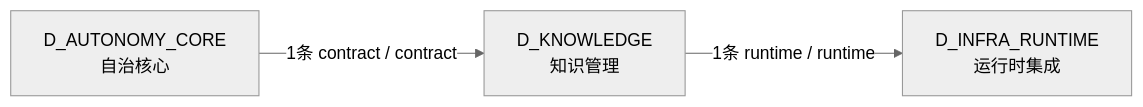
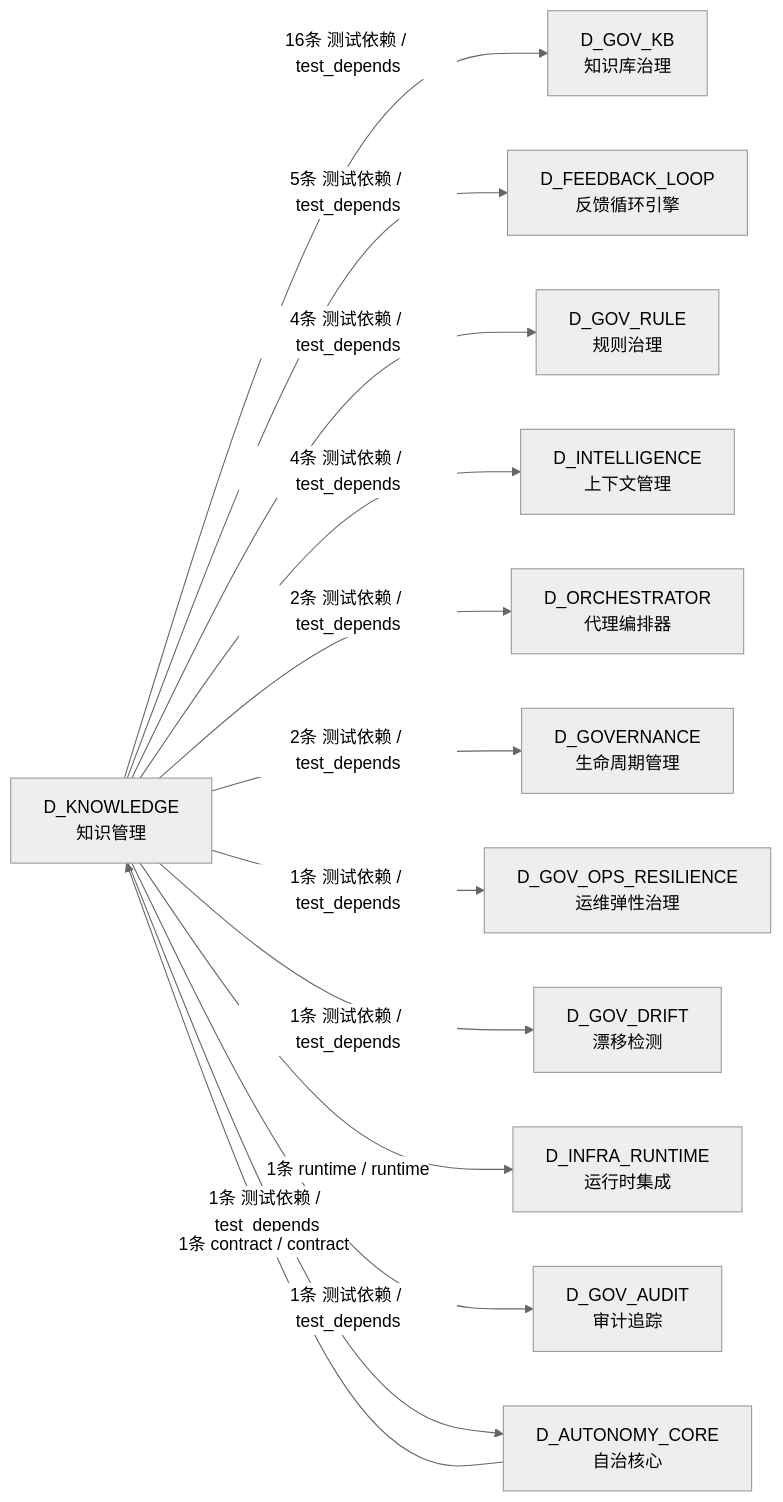
One commit to xuanFelixVan/ZephyrAlpha changed the fifth of 5 diagrams in docs/02_enterprise_architecture/02_domain_architecture_docs/46_d_knowledge.md. Above: the diagram before and after it, drawn with Mermaid (neutral theme). The commit also changed other lines of this file and 112 other files, not shown here.

````diff
--- a/docs/02_enterprise_architecture/02_domain_architecture_docs/46_d_knowledge.md
+++ b/docs/02_enterprise_architecture/02_domain_architecture_docs/46_d_knowledge.md
@@ -170,8 +385,27 @@
 ```mermaid
 graph LR
     D_KNOWLEDGE["D_KNOWLEDGE<br/>知识管理"]
+    D_GOV_KB["D_GOV_KB<br/>知识库治理"]
+    D_FEEDBACK_LOOP["D_FEEDBACK_LOOP<br/>反馈循环引擎"]
+    D_GOV_RULE["D_GOV_RULE<br/>规则治理"]
+    D_INTELLIGENCE["D_INTELLIGENCE<br/>上下文管理"]
+    D_ORCHESTRATOR["D_ORCHESTRATOR<br/>代理编排器"]
+    D_GOVERNANCE["D_GOVERNANCE<br/>生命周期管理"]
+    D_GOV_OPS_RESILIENCE["D_GOV_OPS_RESILIENCE<br/>运维弹性治理"]
+    D_GOV_DRIFT["D_GOV_DRIFT<br/>漂移检测"]
     D_INFRA_RUNTIME["D_INFRA_RUNTIME<br/>运行时集成"]
+    D_GOV_AUDIT["D_GOV_AUDIT<br/>审计追踪"]
     D_AUTONOMY_CORE["D_AUTONOMY_CORE<br/>自治核心"]
+    D_KNOWLEDGE -->|16条 测试依赖 / test_depends| D_GOV_KB
+    D_KNOWLEDGE -->|5条 测试依赖 / test_depends| D_FEEDBACK_LOOP
+    D_KNOWLEDGE -->|4条 测试依赖 / test_depends| D_GOV_RULE
+    D_KNOWLEDGE -->|4条 测试依赖 / test_depends| D_INTELLIGENCE
+    D_KNOWLEDGE -->|2条 测试依赖 / test_depends| D_ORCHESTRATOR
+    D_KNOWLEDGE -->|2条 测试依赖 / test_depends| D_GOVERNANCE
+    D_KNOWLEDGE -->|1条 测试依赖 / test_depends| D_GOV_OPS_RESILIENCE
+    D_KNOWLEDGE -->|1条 测试依赖 / test_depends| D_GOV_DRIFT
     D_KNOWLEDGE -->|1条 runtime / runtime| D_INFRA_RUNTIME
+    D_KNOWLEDGE -->|1条 测试依赖 / test_depends| D_GOV_AUDIT
+    D_KNOWLEDGE -->|1条 测试依赖 / test_depends| D_AUTONOMY_CORE
     D_AUTONOMY_CORE -->|1条 contract / contract| D_KNOWLEDGE
 ```
````
